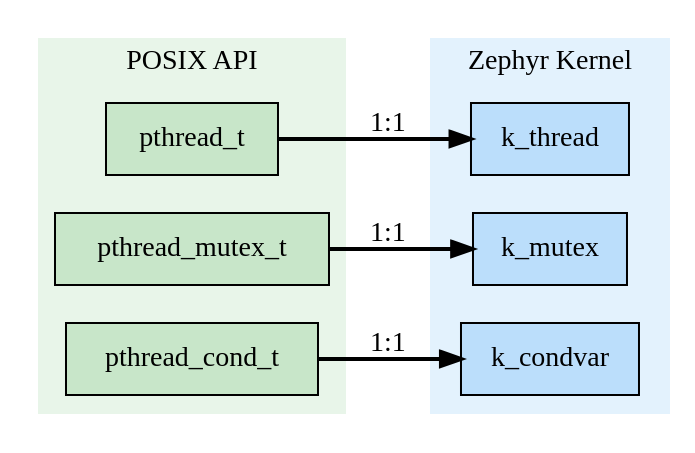
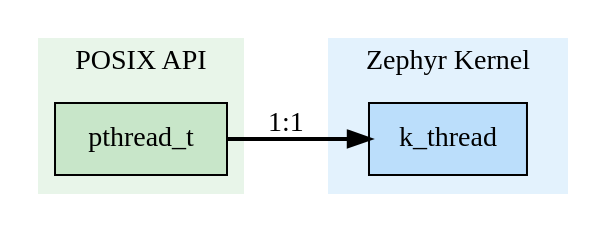
Before and after one commit to cfriedt/posix-next: the third of 13 diagrams in doc/posix/implementation/index.rst, drawn with Graphviz. The commit also changed other lines of this file and 24 other files, not shown here.

First line of the commit message:
posix: threads_base: pthread_mutex_t is a sys_mutex, pthread_cond_t a sys_condvar

```diff
--- a/doc/posix/implementation/index.rst
+++ b/doc/posix/implementation/index.rst
@@ -137,31 +136,25 @@
 .. graphviz::
    :caption: 1:1 mapping between POSIX and Zephyr kernel objects
 
    digraph {
        rankdir=LR;
        node [shape=record, style=filled];
 
        subgraph cluster_posix {
            label="POSIX API";
            style=filled;
            color="#e8f5e9";
            fillcolor="#e8f5e9";
            pt  [label="pthread_t"        fillcolor="#c8e6c9"];
-           pm  [label="pthread_mutex_t"  fillcolor="#c8e6c9"];
-           pc  [label="pthread_cond_t"   fillcolor="#c8e6c9"];
        }
 
        subgraph cluster_kernel {
            label="Zephyr Kernel";
            style=filled;
            color="#e3f2fd";
            fillcolor="#e3f2fd";
            kt  [label="k_thread"   fillcolor="#bbdefb"];
-           km  [label="k_mutex"    fillcolor="#bbdefb"];
-           kc  [label="k_condvar"  fillcolor="#bbdefb"];
        }
 
        pt -> kt [label="1:1" style=bold];
-       pm -> km [label="1:1" style=bold];
-       pc -> kc [label="1:1" style=bold];
    }
```
